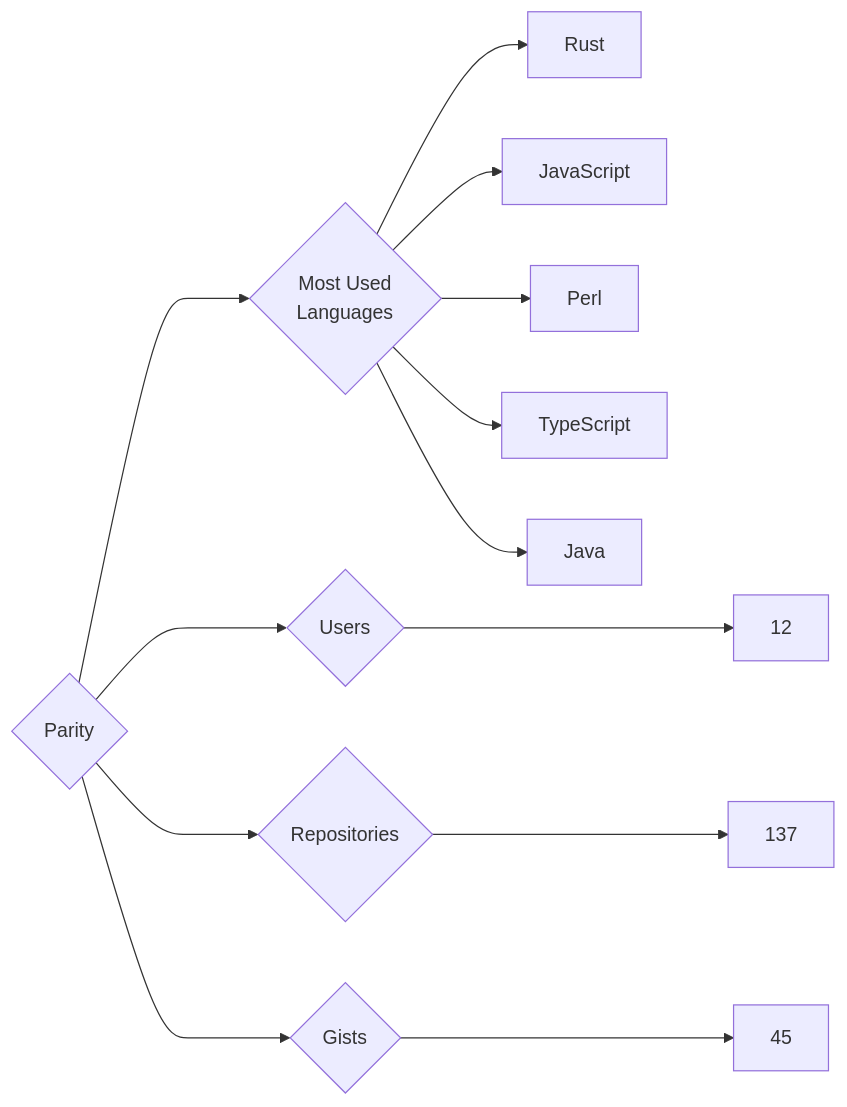
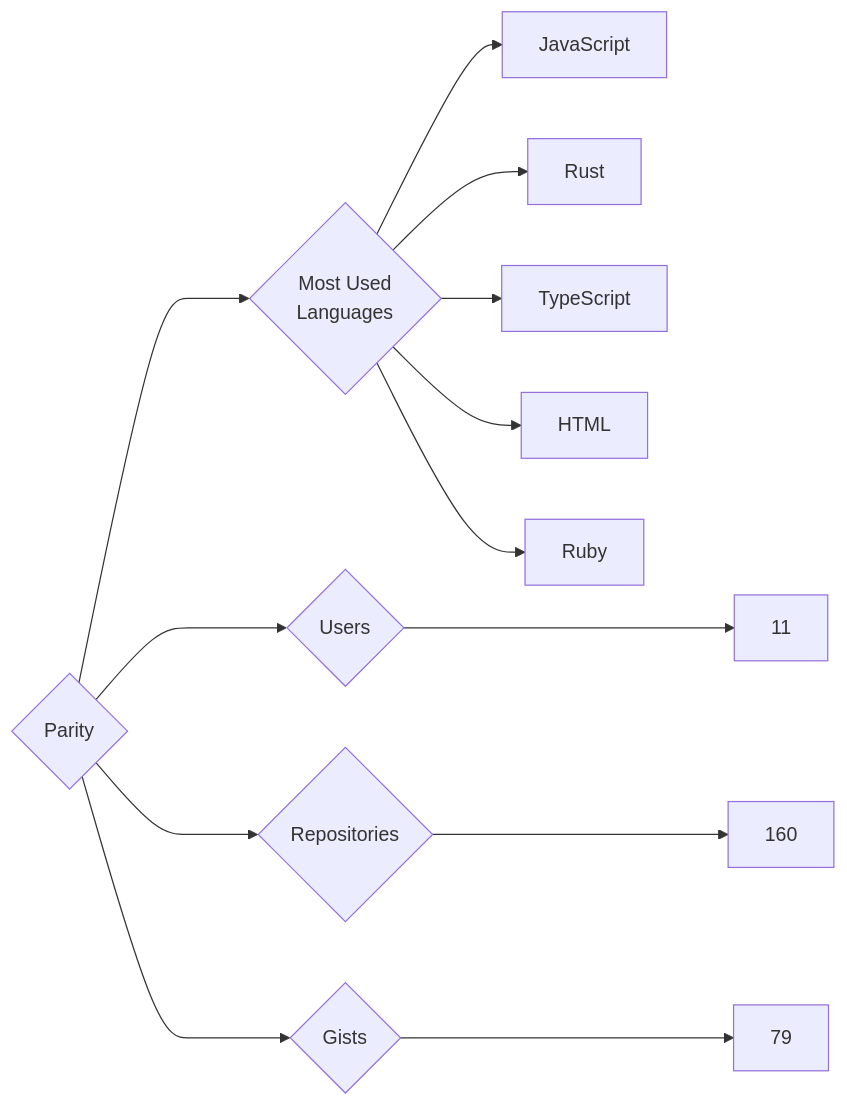
Before and after one commit to trickest/insiders: the diagram in targets/Parity/README.md, drawn with Mermaid. The commit also changed 973 other files, not shown here.

````diff
--- a/targets/Parity/README.md
+++ b/targets/Parity/README.md
@@ -3,13 +3,13 @@
 ```mermaid
 graph LR
 COMPANY_NAME{Parity}
-COMPANY_NAME ---> U{Users} ---> UN[12]
-COMPANY_NAME ---> R{Repositories} ---> RN[137]
-COMPANY_NAME ---> G{Gists} ---> GN[45]
+COMPANY_NAME ---> U{Users} ---> UN[11]
+COMPANY_NAME ---> R{Repositories} ---> RN[160]
+COMPANY_NAME ---> G{Gists} ---> GN[79]
 COMPANY_NAME ---> ML{Most Used<br>Languages}
+ML --> JavaScript[JavaScript]
 ML --> Rust[Rust]
-ML --> JavaScript[JavaScript]
-ML --> Perl[Perl]
 ML --> TypeScript[TypeScript]
-ML --> Java[Java]
+ML --> HTML[HTML]
+ML --> Ruby[Ruby]
 ```
````
